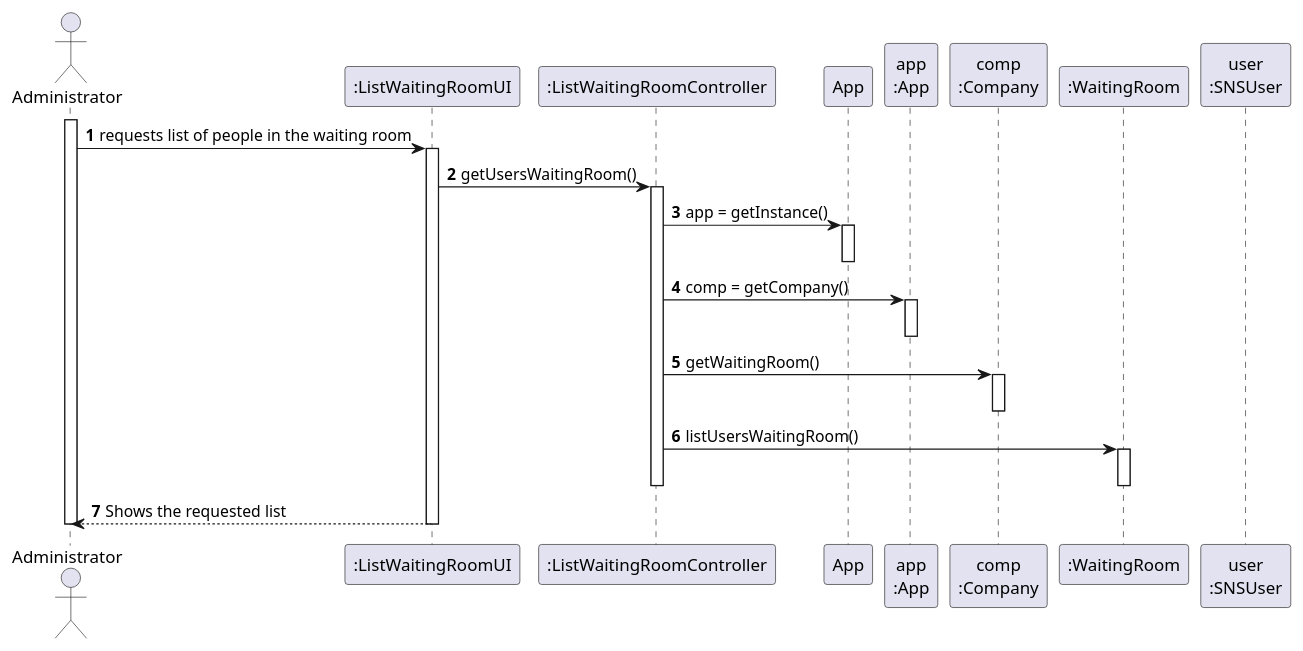
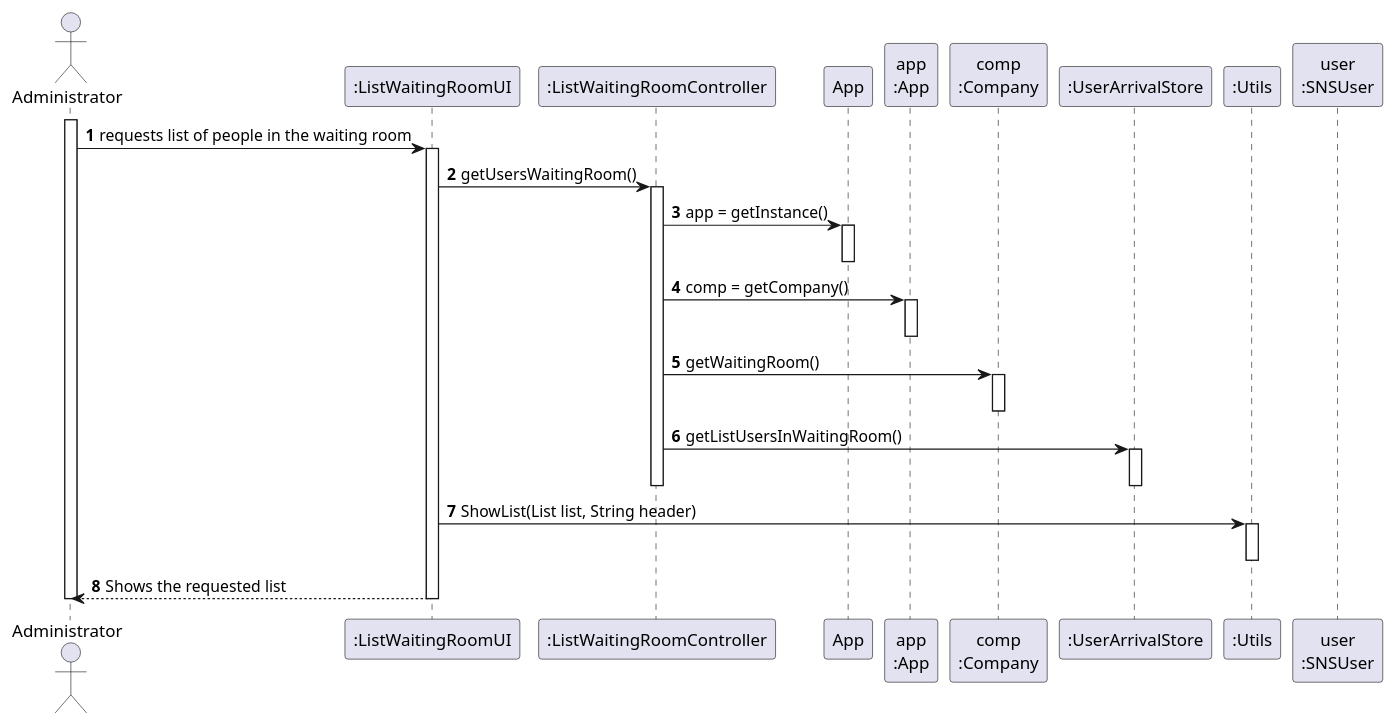
Before and after one commit to diogonapoles/isep-lapr2: the diagram in docs/SprintC/US5/US5_SD.puml, drawn with PlantUML. The commit also changed 4 other files, not shown here.

```diff
--- a/docs/SprintC/US5/US5_SD.puml
+++ b/docs/SprintC/US5/US5_SD.puml
@@ -1,41 +1,47 @@
 @startuml
 autonumber
 'hide footbox
 actor "Administrator" as ADM
 
 participant ":ListWaitingRoomUI" as UI
 participant ":ListWaitingRoomController" as CTRL
 participant "App" as _APP
 participant "app\n:App" as APP
 participant "comp\n:Company" as COMP
-participant ":WaitingRoom" as WR
+participant ":UserArrivalStore" as UA
+participant ":Utils" as U
 participant "user\n:SNSUser" as SU
+
 
 
 activate ADM
 ADM -> UI : requests list of people in the waiting room
 activate UI
 UI -> CTRL : getUsersWaitingRoom()
 activate CTRL
 CTRL -> _APP : app = getInstance()
 activate _APP
 deactivate _APP
 CTRL -> APP : comp = getCompany()
 activate APP
 deactivate APP
 CTRL -> COMP : getWaitingRoom()
 activate COMP
 deactivate COMP
-CTRL -> WR : listUsersWaitingRoom()
-activate WR
-deactivate WR
+CTRL -> UA : getListUsersInWaitingRoom()
+activate UA
+deactivate UA
 deactivate CTRL
+UI -> U : ShowList(List list, String header)
+activate U
+deactivate U
+
 UI --> ADM : Shows the requested list
 deactivate UI
 deactivate ADM
 
 
 
 
 
 @enduml
```
